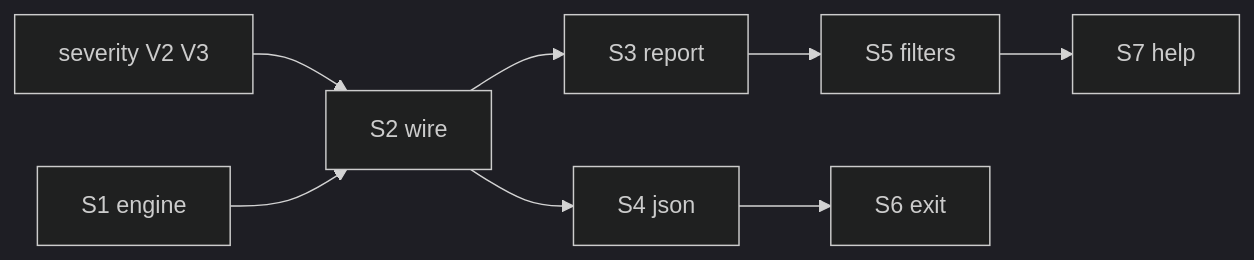
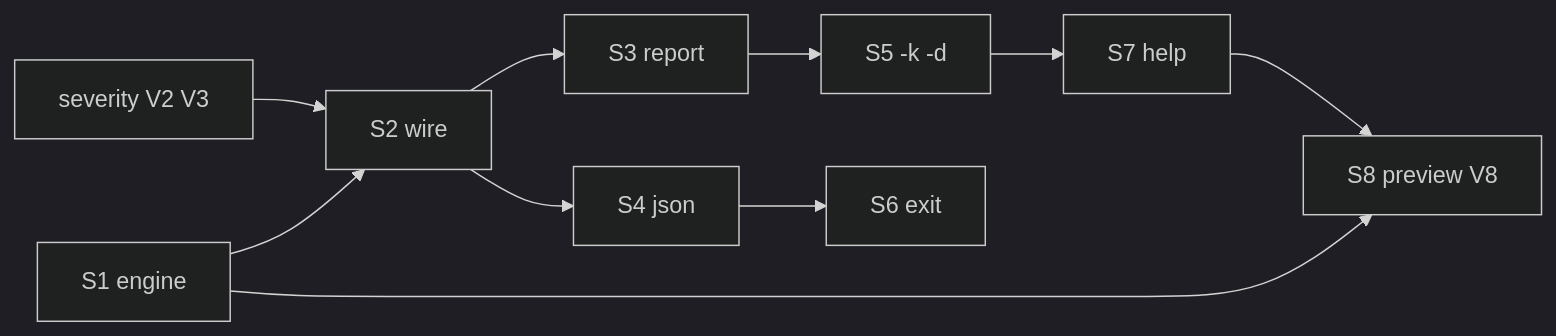
One commit to zamdevio/expgov changed the diagram in maintainer/phases/suggest.md. Above: the diagram before and after it, drawn with Mermaid (dark theme). The commit also changed other lines of this file and 3 other files, not shown here.

````diff
--- a/maintainer/phases/suggest.md
+++ b/maintainer/phases/suggest.md
@@ -203,19 +300,22 @@
 ```mermaid
 flowchart LR
   SEV[severity V2 V3]
   S1[S1 engine]
   S2[S2 wire]
   S3[S3 report]
   S4[S4 json]
-  S5[S5 filters]
+  S5[S5 -k -d]
   S6[S6 exit]
   S7[S7 help]
+  S8[S8 preview V8]
 
   SEV --> S2
   S1 --> S2
+  S1 --> S8
   S2 --> S3
   S2 --> S4
   S3 --> S5
   S4 --> S6
   S5 --> S7
+  S7 --> S8
 ```
````
